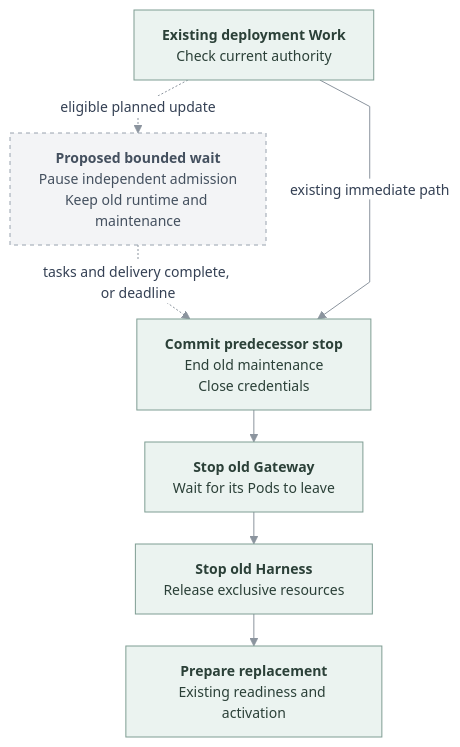
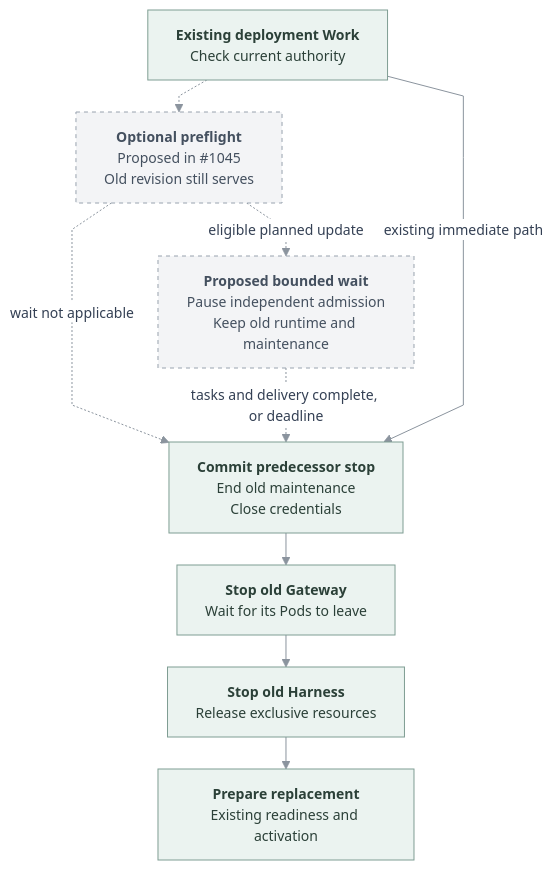
One commit to openclaw/openclaw-enterprise changed the diagram in specs/rfcs/0030-bounded-planned-replacement.md. Above: the diagram before and after it, drawn with Mermaid. The commit also changed other lines of this file and 1 other file, not shown here.

Commit message:
docs(rfc): clarify shared stop evidence and lease handoff

````diff
--- a/specs/rfcs/0030-bounded-planned-replacement.md
+++ b/specs/rfcs/0030-bounded-planned-replacement.md
@@ -62,33 +79,36 @@
 ```mermaid
 ---
 config:
   theme: base
   htmlLabels: true
   themeVariables:
     fontSize: 14px
     primaryTextColor: "#344054"
     lineColor: "#8B949E"
     edgeLabelBackground: "#FFFFFF"
   flowchart:
     curve: linear
     nodeSpacing: 28
     rankSpacing: 32
     padding: 14
 ---
 flowchart TB
   Work["<b>Existing deployment Work</b><br/>Check current authority"]
+  Preflight["<b>Optional preflight</b><br/>Proposed in #1045<br/>Old revision still serves"]
   Wait["<b>Proposed bounded wait</b><br/>Pause independent admission<br/>Keep old runtime and maintenance"]
   Stop["<b>Commit predecessor stop</b><br/>End old maintenance<br/>Close credentials"]
   Gateway["<b>Stop old Gateway</b><br/>Wait for its Pods to leave"]
   Harness["<b>Stop old Harness</b><br/>Release exclusive resources"]
   Start["<b>Prepare replacement</b><br/>Existing readiness and activation"]
-  Work -.->|eligible planned update| Wait
+  Work -.-> Preflight
+  Preflight -.->|eligible planned update| Wait
+  Preflight -.->|wait not applicable| Stop
   Wait -.->|tasks and delivery complete, or deadline| Stop
   Work -->|existing immediate path| Stop
   Stop --> Gateway --> Harness --> Start
   classDef pending fill:#F3F4F6,stroke:#98A2AE,color:#44505F,stroke-width:1px,stroke-dasharray:4 4
   classDef existing fill:#EBF3F0,stroke:#7F9D93,color:#2B4038,stroke-width:1px
-  class Wait pending
+  class Wait,Preflight pending
   class Work,Stop,Gateway,Harness,Start existing
   linkStyle default stroke:#8B949E,stroke-width:1px
 ```
````
